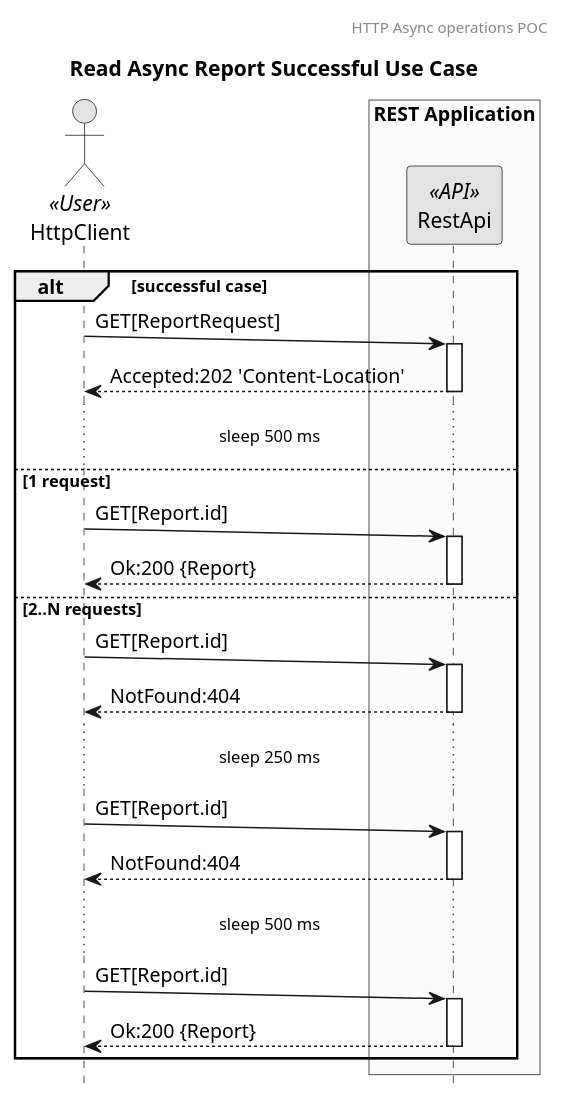
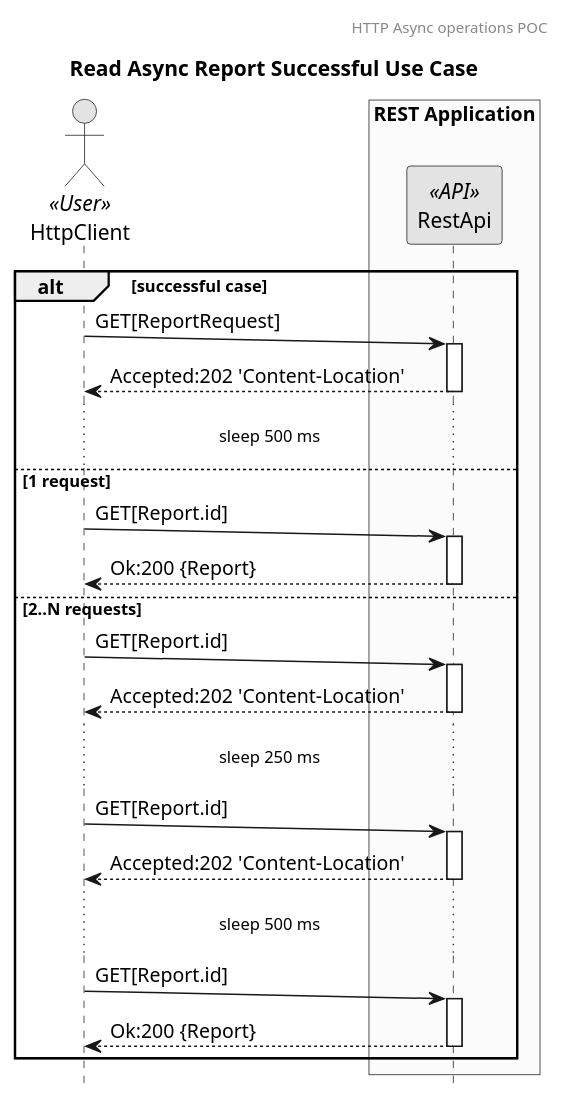
One commit to butcherless/dependency-analyzer changed the diagram in docs/read-202-resource-successful.puml. Above: the diagram before and after it, drawn with PlantUML. The commit also changed 3 other files, not shown here.

```diff
--- a/docs/read-202-resource-successful.puml
+++ b/docs/read-202-resource-successful.puml
@@ -1,32 +1,32 @@
 @startuml
 skinparam monochrome true
 skinparam BoxPadding 5
 header HTTP Async operations POC
 title Read Async Report Successful Use Case
 
 hide footbox
 actor HttpClient as user << User >>
 
 box "REST Application" #FBFBFB
  participant "RestApi" as api << API >>
 end box
 
 alt successful case
 user ->(5) api ++: GET[ReportRequest]
 api --> user --: Accepted:202 'Content-Location'
 ...sleep 500 ms...
 else 1 request
 user ->(5) api ++: GET[Report.id]
 api --> user --: Ok:200 {Report}
 else 2..N requests
 user ->(5) api ++: GET[Report.id]
-api --> user --: NotFound:404
+api --> user --: Accepted:202 'Content-Location'
 ...sleep 250 ms...
 user ->(5) api ++: GET[Report.id]
-api --> user --: NotFound:404
+api --> user --: Accepted:202 'Content-Location'
 ...sleep 500 ms...
 user ->(5) api ++: GET[Report.id]
 api --> user --: Ok:200 {Report}
 
 end
 @enduml
```
